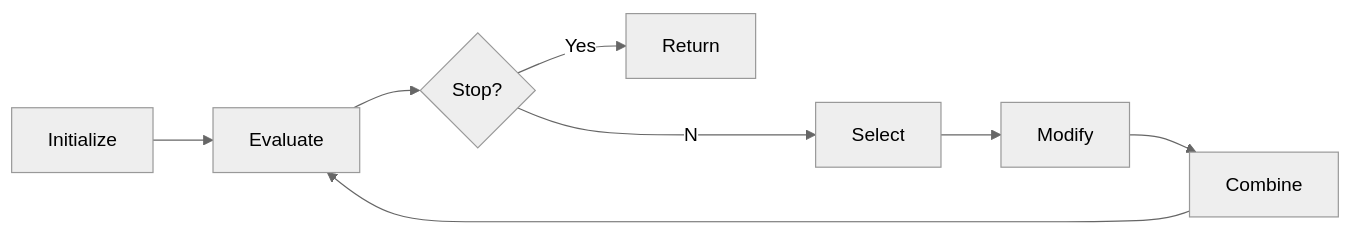
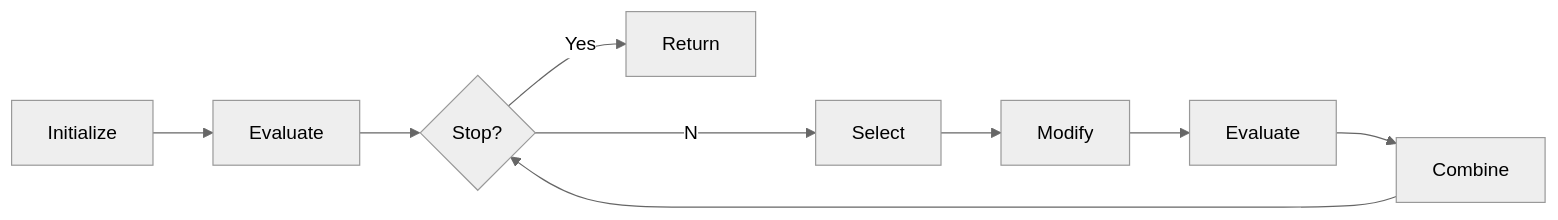
Before and after one commit to anthonyjclark/simer-tutorial: the diagram in presentation.qmd, drawn with Mermaid (neutral theme). The commit also changed other lines of this file and 19 other files, not shown here.

````diff
--- a/presentation.qmd
+++ b/presentation.qmd
@@ -42,12 +42,13 @@
 ```{mermaid}
 %%| fig-align: center
 
 flowchart LR
     Init[Initialize] --> Eval[Evaluate]
     Eval --> Stop{Stop?}
     Stop --Yes--> Retn[Return]
     Stop --No--> Sele[Select]
     Sele --> Modi[Modify]
-    Modi --> Comb[Combine]
-    Comb --> Eval
+    Modi --> Evl2[Evaluate]
+    Evl2 --> Comb[Combine]
+    Comb --> Stop
 ```
````
